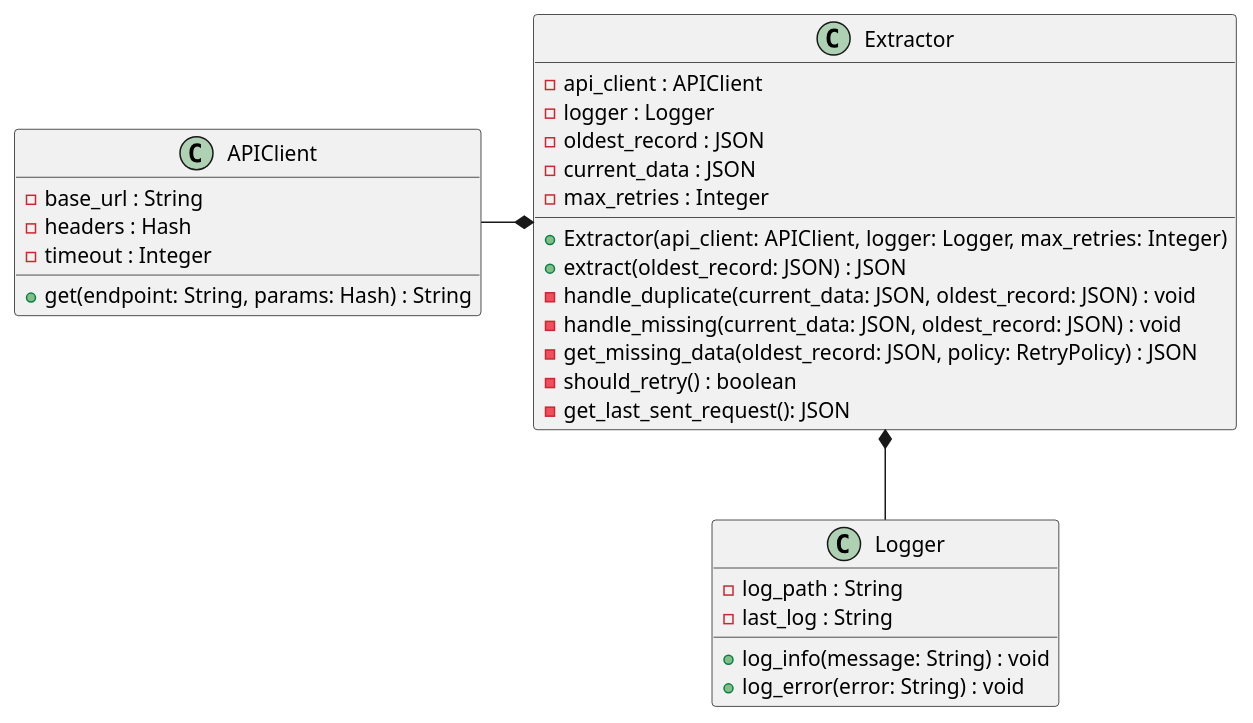
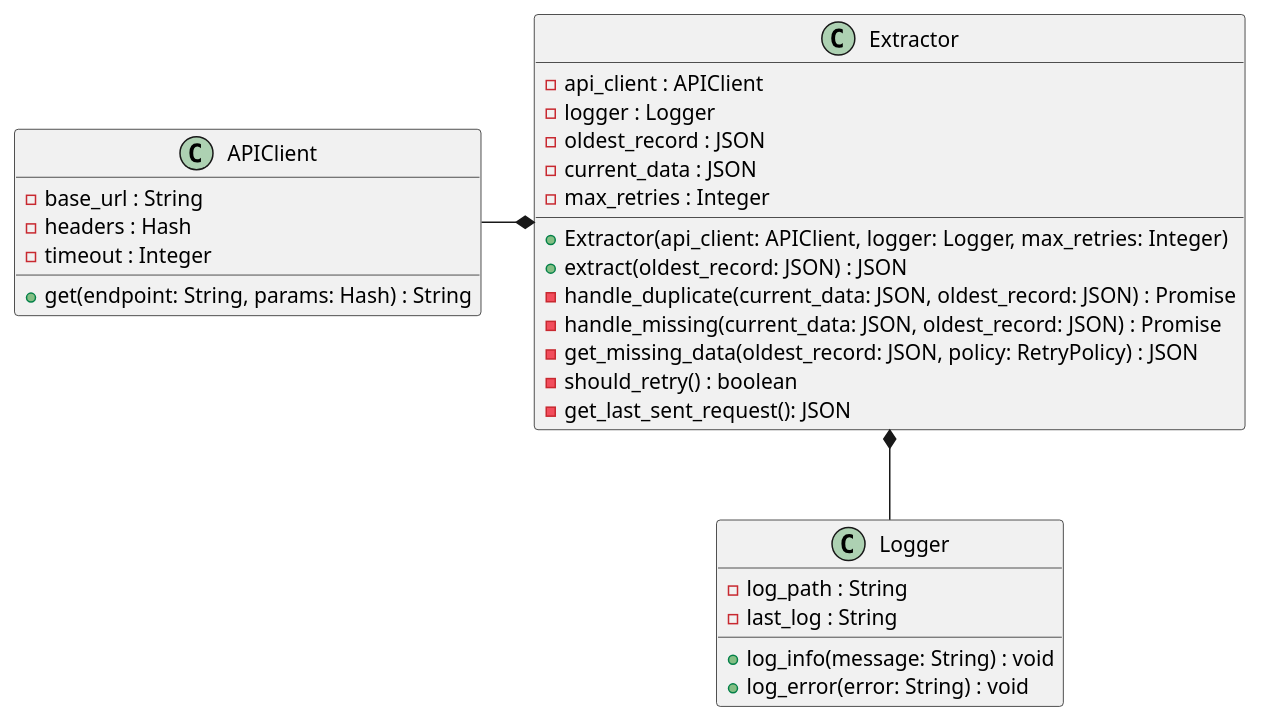
The diagram in docs/class_diagram.puml (CPNV-ES-BI1-SBB/EXTERNAL-SOURCE-EXTRACT), drawn with PlantUML before and after one commit. The commit also changed 1 other file, not shown here.

```diff
--- a/docs/class_diagram.puml
+++ b/docs/class_diagram.puml
@@ -1,34 +1,34 @@
 @startuml
 class Extractor {
   - api_client : APIClient
   - logger : Logger
   - oldest_record : JSON
   - current_data : JSON
   - max_retries : Integer
   + Extractor(api_client: APIClient, logger: Logger, max_retries: Integer)
   + extract(oldest_record: JSON) : JSON
-  - handle_duplicate(current_data: JSON, oldest_record: JSON) : void
-  - handle_missing(current_data: JSON, oldest_record: JSON) : void
+  - handle_duplicate(current_data: JSON, oldest_record: JSON) : Promise
+  - handle_missing(current_data: JSON, oldest_record: JSON) : Promise
   - get_missing_data(oldest_record: JSON, policy: RetryPolicy) : JSON
   - should_retry() : boolean
   - get_last_sent_request(): JSON
 }
 
 class APIClient {
   - base_url : String
   - headers : Hash
   - timeout : Integer
   + get(endpoint: String, params: Hash) : String
 }
 
 class Logger {
   - log_path : String
   - last_log : String
   + log_info(message: String) : void
   + log_error(error: String) : void
 }
 
 Logger -up-*  Extractor
 APIClient -right-*  Extractor
 
 @enduml
```
